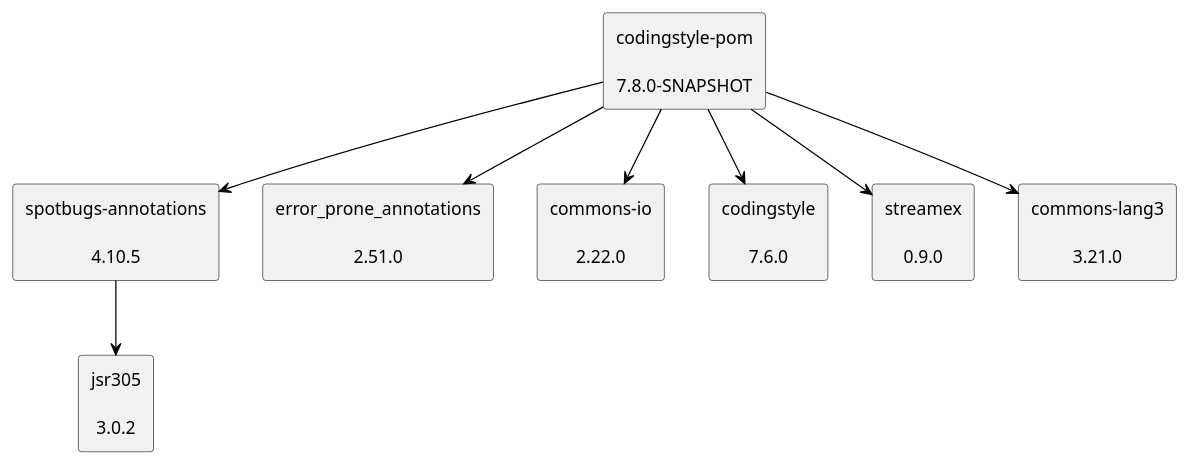
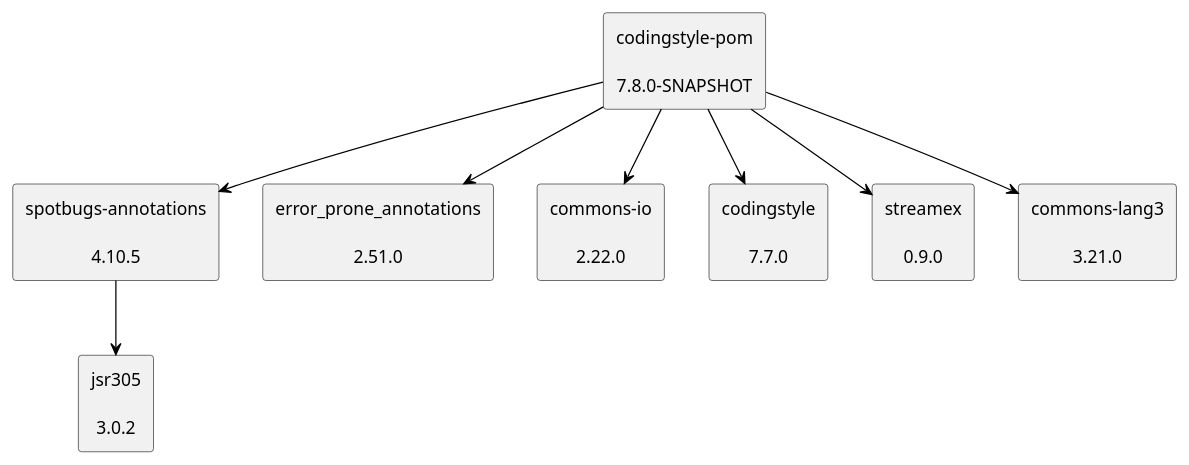
The diagram in doc/dependency-graph.puml (uhafner/codingstyle-pom), drawn with PlantUML before and after one commit.

Commit message:
Update dependency graph to latest versions from POM

```diff
--- a/doc/dependency-graph.puml
+++ b/doc/dependency-graph.puml
@@ -1,24 +1,24 @@
 @startuml
 skinparam defaultTextAlignment center
 skinparam rectangle {
   BackgroundColor<<optional>> beige
   BackgroundColor<<test>> lightGreen
   BackgroundColor<<runtime>> lightBlue
   BackgroundColor<<provided>> lightGray
 }
 rectangle "spotbugs-annotations\n\n4.10.5" as com_github_spotbugs_spotbugs_annotations_jar
 rectangle "jsr305\n\n3.0.2" as com_google_code_findbugs_jsr305_jar
 rectangle "codingstyle-pom\n\n7.8.0-SNAPSHOT" as edu_hm_hafner_codingstyle_pom_pom
 rectangle "error_prone_annotations\n\n2.51.0" as com_google_errorprone_error_prone_annotations_jar
 rectangle "commons-io\n\n2.22.0" as commons_io_commons_io_jar
-rectangle "codingstyle\n\n7.6.0" as edu_hm_hafner_codingstyle_jar
+rectangle "codingstyle\n\n7.7.0" as edu_hm_hafner_codingstyle_jar
 rectangle "streamex\n\n0.9.0" as one_util_streamex_jar
 rectangle "commons-lang3\n\n3.21.0" as org_apache_commons_commons_lang3_jar
 com_github_spotbugs_spotbugs_annotations_jar -[#000000]-> com_google_code_findbugs_jsr305_jar
 edu_hm_hafner_codingstyle_pom_pom -[#000000]-> com_github_spotbugs_spotbugs_annotations_jar
 edu_hm_hafner_codingstyle_pom_pom -[#000000]-> com_google_errorprone_error_prone_annotations_jar
 edu_hm_hafner_codingstyle_pom_pom -[#000000]-> commons_io_commons_io_jar
 edu_hm_hafner_codingstyle_pom_pom -[#000000]-> edu_hm_hafner_codingstyle_jar
 edu_hm_hafner_codingstyle_pom_pom -[#000000]-> one_util_streamex_jar
 edu_hm_hafner_codingstyle_pom_pom -[#000000]-> org_apache_commons_commons_lang3_jar
 @enduml
```
